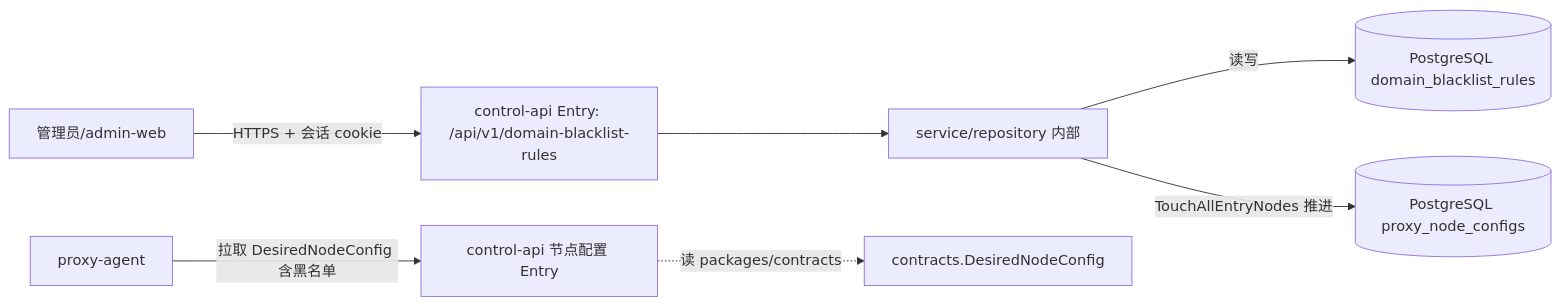
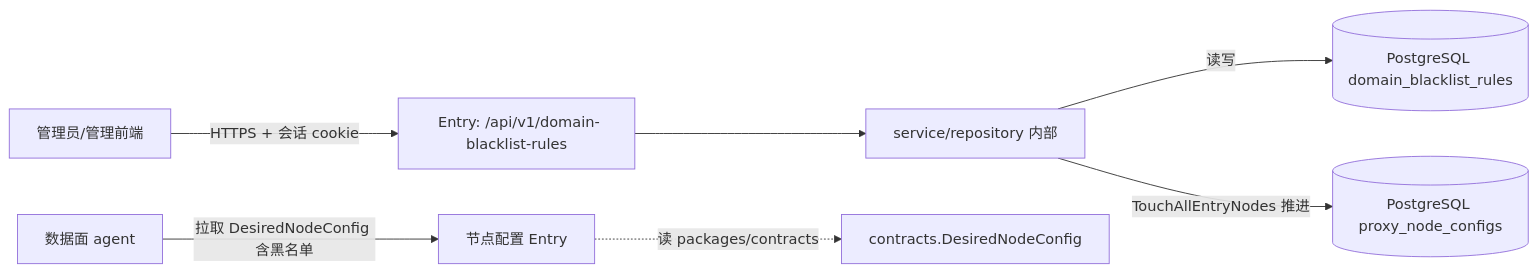
Before and after one commit to devSC/Trellis: the second of 3 diagrams in guru-template/overlay/agents-skills/go-design-overview-writing/references/examples/design-main-minimal.md, drawn with Mermaid. The commit also changed other lines of this file and 42 other files, not shown here.

````diff
--- a/guru-template/overlay/agents-skills/go-design-overview-writing/references/examples/design-main-minimal.md
+++ b/guru-template/overlay/agents-skills/go-design-overview-writing/references/examples/design-main-minimal.md
@@ -130,9 +130,9 @@
 ```mermaid
 graph LR
-    Admin[管理员/admin-web] -->|HTTPS + 会话 cookie| Entry[control-api Entry: /api/v1/domain-blacklist-rules]
+    Admin[管理员/管理前端] -->|HTTPS + 会话 cookie| Entry[<svc> Entry: /api/v1/domain-blacklist-rules]
     Entry --> SVC[service/repository 内部]
     SVC -->|读写| PG[(PostgreSQL domain_blacklist_rules)]
     SVC -->|TouchAllEntryNodes 推进| PG2[(PostgreSQL proxy_node_configs)]
-    Agent[proxy-agent] -->|拉取 DesiredNodeConfig 含黑名单| Entry2[control-api 节点配置 Entry]
+    Agent[数据面 agent] -->|拉取 DesiredNodeConfig 含黑名单| Entry2[<svc> 节点配置 Entry]
     Entry2 -.读 packages/contracts.-> CT[contracts.DesiredNodeConfig]
 ```
````
